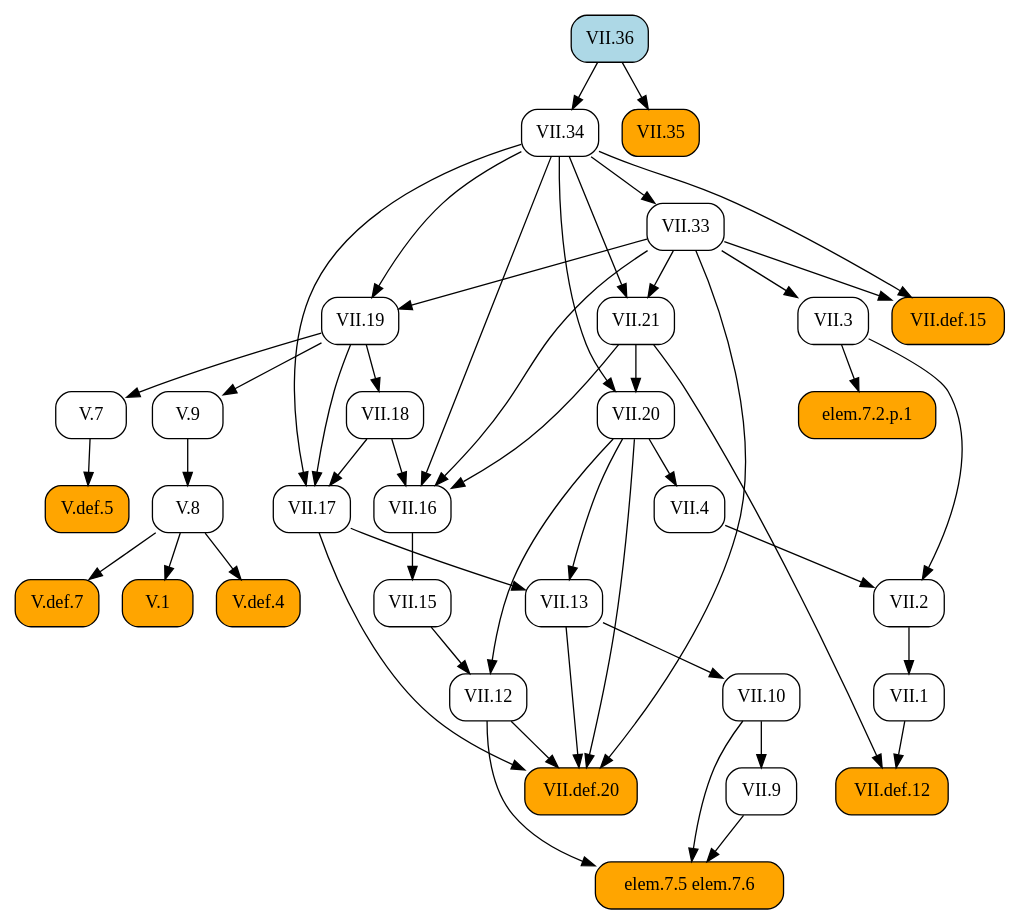
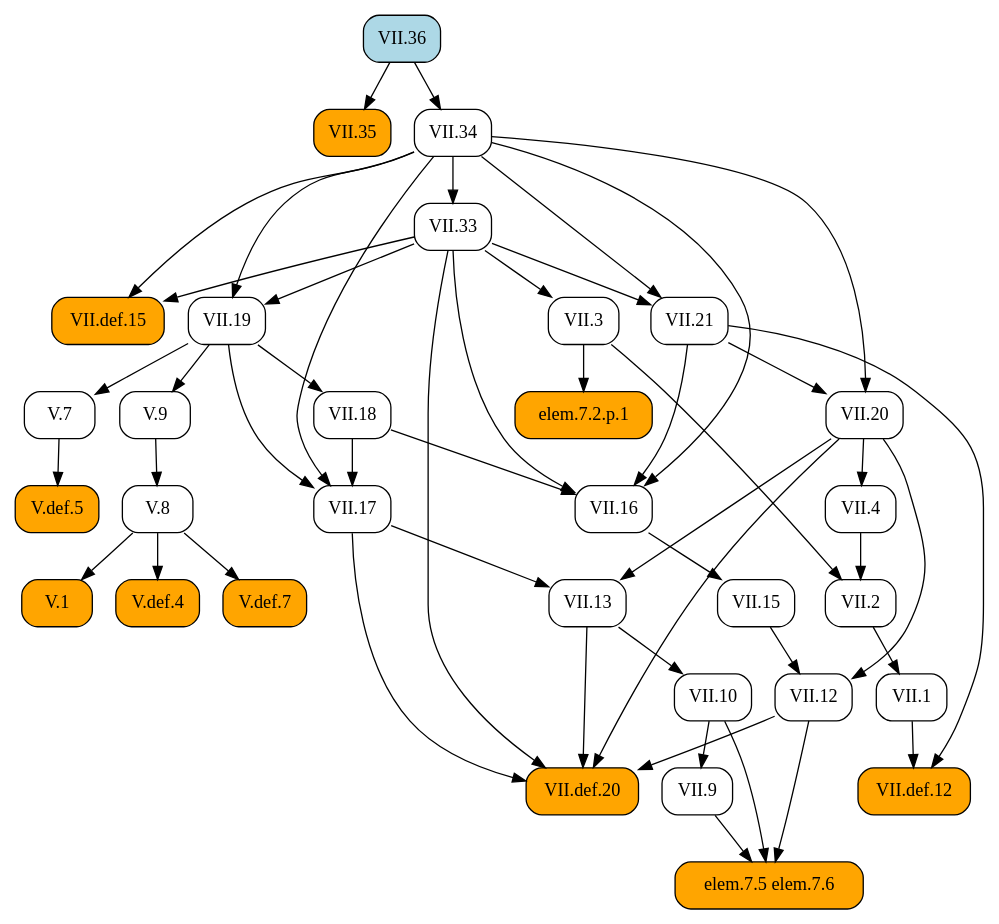
Before and after one commit to geometor/elements: the diagram in docsrc/heath/VII/36/index.rst, drawn with Graphviz. The commit also changed other lines of this file and 1029 other files, not shown here.

```diff
--- a/docsrc/heath/VII/36/index.rst
+++ b/docsrc/heath/VII/36/index.rst
@@ -78,84 +78,84 @@
    digraph {
      rankdir="TB";
      node [shape=box, style=rounded];
+     "VII.36" [style="rounded,filled", fillcolor=lightblue, URL="/heath/VII/36/", target="_top"];
+     "VII.def.12" [style="rounded,filled", fillcolor=orange, URL="/heath/VII/def.12/", target="_top"];
+     "V.8" [URL="/heath/V/8/", target="_top"];
+     "VII.33" [URL="/heath/VII/33/", target="_top"];
+     "VII.1" [URL="/heath/VII/1/", target="_top"];
+     "elem.7.2.p.1" [style="rounded,filled", fillcolor=orange];
+     "VII.10" [URL="/heath/VII/10/", target="_top"];
+     "VII.9" [URL="/heath/VII/9/", target="_top"];
+     "VII.def.15" [style="rounded,filled", fillcolor=orange, URL="/heath/VII/def.15/", target="_top"];
+     "V.def.5" [style="rounded,filled", fillcolor=orange, URL="/heath/V/def.5/", target="_top"];
+     "VII.19" [URL="/heath/VII/19/", target="_top"];
+     "VII.18" [URL="/heath/VII/18/", target="_top"];
+     "VII.16" [URL="/heath/VII/16/", target="_top"];
+     "VII.4" [URL="/heath/VII/4/", target="_top"];
+     "VII.21" [URL="/heath/VII/21/", target="_top"];
      "V.1" [style="rounded,filled", fillcolor=orange, URL="/heath/V/1/", target="_top"];
+     "VII.3" [URL="/heath/VII/3/", target="_top"];
+     "VII.17" [URL="/heath/VII/17/", target="_top"];
+     "elem.7.5 elem.7.6" [style="rounded,filled", fillcolor=orange];
+     "VII.35" [style="rounded,filled", fillcolor=orange, URL="/heath/VII/35/", target="_top"];
      "VII.20" [URL="/heath/VII/20/", target="_top"];
+     "V.7" [URL="/heath/V/7/", target="_top"];
+     "VII.34" [URL="/heath/VII/34/", target="_top"];
+     "V.9" [URL="/heath/V/9/", target="_top"];
+     "V.def.4" [style="rounded,filled", fillcolor=orange, URL="/heath/V/def.4/", target="_top"];
+     "VII.13" [URL="/heath/VII/13/", target="_top"];
+     "VII.2" [URL="/heath/VII/2/", target="_top"];
+     "V.def.7" [style="rounded,filled", fillcolor=orange, URL="/heath/V/def.7/", target="_top"];
      "VII.12" [URL="/heath/VII/12/", target="_top"];
-     "VII.35" [style="rounded,filled", fillcolor=orange, URL="/heath/VII/35/", target="_top"];
-     "VII.9" [URL="/heath/VII/9/", target="_top"];
-     "VII.16" [URL="/heath/VII/16/", target="_top"];
-     "VII.13" [URL="/heath/VII/13/", target="_top"];
-     "V.def.4" [style="rounded,filled", fillcolor=orange, URL="/heath/V/def.4/", target="_top"];
-     "VII.def.15" [style="rounded,filled", fillcolor=orange, URL="/heath/VII/def.15/", target="_top"];
-     "VII.18" [URL="/heath/VII/18/", target="_top"];
-     "V.8" [URL="/heath/V/8/", target="_top"];
-     "VII.21" [URL="/heath/VII/21/", target="_top"];
-     "V.7" [URL="/heath/V/7/", target="_top"];
-     "VII.19" [URL="/heath/VII/19/", target="_top"];
      "VII.15" [URL="/heath/VII/15/", target="_top"];
-     "VII.def.12" [style="rounded,filled", fillcolor=orange, URL="/heath/VII/def.12/", target="_top"];
-     "VII.4" [URL="/heath/VII/4/", target="_top"];
-     "elem.7.2.p.1" [style="rounded,filled", fillcolor=orange];
-     "V.9" [URL="/heath/V/9/", target="_top"];
-     "VII.34" [URL="/heath/VII/34/", target="_top"];
-     "VII.2" [URL="/heath/VII/2/", target="_top"];
      "VII.def.20" [style="rounded,filled", fillcolor=orange, URL="/heath/VII/def.20/", target="_top"];
-     "VII.3" [URL="/heath/VII/3/", target="_top"];
-     "elem.7.5 elem.7.6" [style="rounded,filled", fillcolor=orange];
-     "VII.1" [URL="/heath/VII/1/", target="_top"];
-     "VII.36" [style="rounded,filled", fillcolor=lightblue, URL="/heath/VII/36/", target="_top"];
-     "VII.10" [URL="/heath/VII/10/", target="_top"];
-     "V.def.7" [style="rounded,filled", fillcolor=orange, URL="/heath/V/def.7/", target="_top"];
-     "VII.33" [URL="/heath/VII/33/", target="_top"];
-     "V.def.5" [style="rounded,filled", fillcolor=orange, URL="/heath/V/def.5/", target="_top"];
-     "VII.17" [URL="/heath/VII/17/", target="_top"];
-     "V.8" -> "V.1";
-     "VII.21" -> "VII.20";
-     "VII.34" -> "VII.20";
-     "VII.15" -> "VII.12";
-     "VII.20" -> "VII.12";
-     "VII.36" -> "VII.35";
+     "VII.1" -> "VII.def.12";
+     "VII.21" -> "VII.def.12";
+     "V.9" -> "V.8";
+     "VII.34" -> "VII.33";
+     "VII.2" -> "VII.1";
+     "VII.3" -> "elem.7.2.p.1";
+     "VII.13" -> "VII.10";
      "VII.10" -> "VII.9";
+     "VII.33" -> "VII.def.15";
+     "VII.34" -> "VII.def.15";
+     "V.7" -> "V.def.5";
+     "VII.33" -> "VII.19";
+     "VII.34" -> "VII.19";
+     "VII.19" -> "VII.18";
      "VII.18" -> "VII.16";
      "VII.21" -> "VII.16";
      "VII.33" -> "VII.16";
      "VII.34" -> "VII.16";
+     "VII.20" -> "VII.4";
+     "VII.33" -> "VII.21";
+     "VII.34" -> "VII.21";
+     "V.8" -> "V.1";
+     "VII.33" -> "VII.3";
+     "VII.18" -> "VII.17";
+     "VII.19" -> "VII.17";
+     "VII.34" -> "VII.17";
+     "VII.9" -> "elem.7.5 elem.7.6";
+     "VII.10" -> "elem.7.5 elem.7.6";
+     "VII.12" -> "elem.7.5 elem.7.6";
+     "VII.36" -> "VII.35";
+     "VII.21" -> "VII.20";
+     "VII.34" -> "VII.20";
+     "VII.19" -> "V.7";
+     "VII.36" -> "VII.34";
+     "VII.19" -> "V.9";
+     "V.8" -> "V.def.4";
      "VII.17" -> "VII.13";
      "VII.20" -> "VII.13";
-     "V.8" -> "V.def.4";
-     "VII.33" -> "VII.def.15";
-     "VII.34" -> "VII.def.15";
-     "VII.19" -> "VII.18";
-     "V.9" -> "V.8";
-     "VII.33" -> "VII.21";
-     "VII.34" -> "VII.21";
-     "VII.19" -> "V.7";
-     "VII.33" -> "VII.19";
-     "VII.34" -> "VII.19";
-     "VII.16" -> "VII.15";
-     "VII.1" -> "VII.def.12";
-     "VII.21" -> "VII.def.12";
-     "VII.20" -> "VII.4";
-     "VII.3" -> "elem.7.2.p.1";
-     "VII.19" -> "V.9";
-     "VII.36" -> "VII.34";
      "VII.3" -> "VII.2";
      "VII.4" -> "VII.2";
+     "V.8" -> "V.def.7";
+     "VII.15" -> "VII.12";
+     "VII.20" -> "VII.12";
+     "VII.16" -> "VII.15";
      "VII.12" -> "VII.def.20";
      "VII.13" -> "VII.def.20";
      "VII.17" -> "VII.def.20";
      "VII.20" -> "VII.def.20";
      "VII.33" -> "VII.def.20";
-     "VII.33" -> "VII.3";
-     "VII.9" -> "elem.7.5 elem.7.6";
-     "VII.10" -> "elem.7.5 elem.7.6";
-     "VII.12" -> "elem.7.5 elem.7.6";
-     "VII.2" -> "VII.1";
-     "VII.13" -> "VII.10";
-     "V.8" -> "V.def.7";
-     "VII.34" -> "VII.33";
-     "V.7" -> "V.def.5";
-     "VII.18" -> "VII.17";
-     "VII.19" -> "VII.17";
-     "VII.34" -> "VII.17";
    }
```
